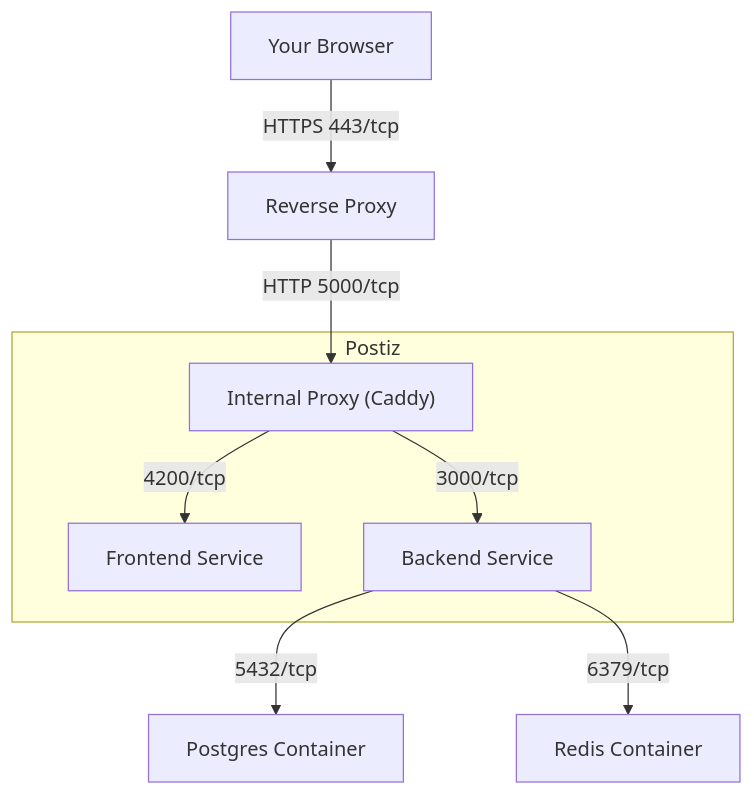
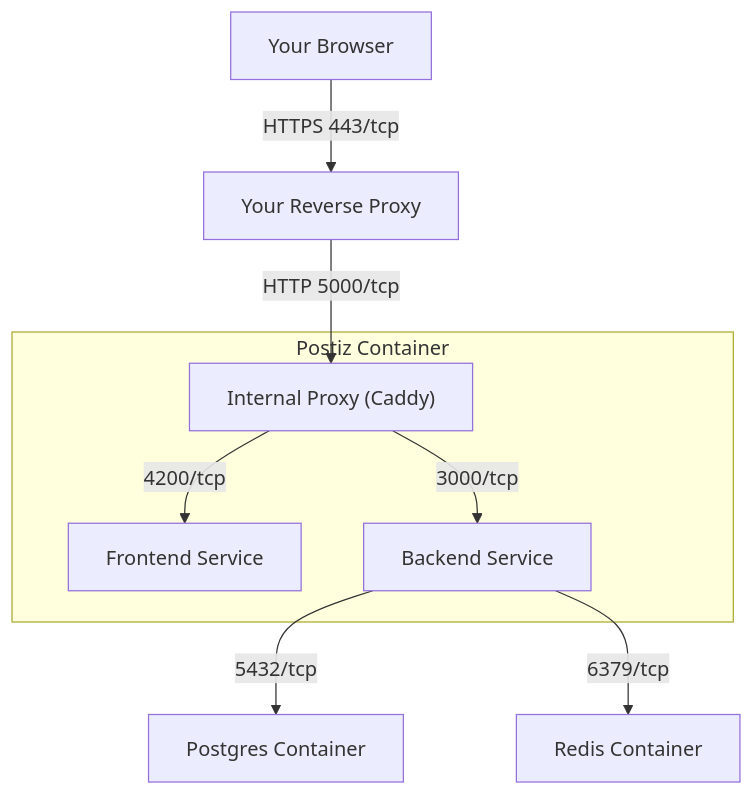
The diagram in components/snippets/installation-pre-reqs.mdx (yepyr/postiz-docs), drawn with Mermaid before and after one commit.

Commit message:
Fix diagram labels a bit

````diff
--- a/components/snippets/installation-pre-reqs.mdx
+++ b/components/snippets/installation-pre-reqs.mdx
@@ -34,13 +34,13 @@
 ```mermaid
 graph TD;
-	A[Your Browser] -->|HTTPS 443/tcp| B[Reverse Proxy]
+	A[Your Browser] -->|HTTPS 443/tcp| B[Your Reverse Proxy]
 	B -->|HTTP 5000/tcp| C["Internal Proxy (Caddy)"]
 
-	subgraph "Postiz"
+	subgraph "Postiz Container"
 	C -->|4200/tcp| D[Frontend Service]
 	C -->|3000/tcp| E[Backend Service]
 	end
 
 	E -->|5432/tcp| F[Postgres Container]
 	E -->|6379/tcp| G[Redis Container]
 ```
````
